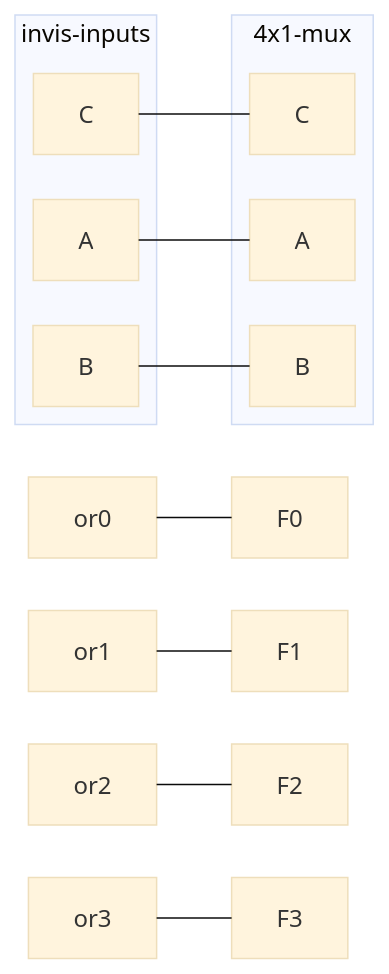
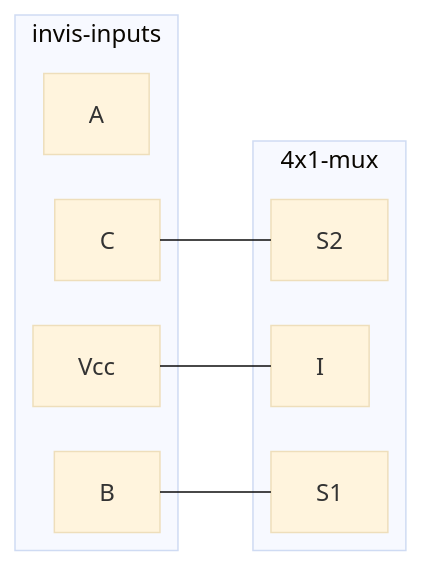
One commit to tnichols217/notes changed the fourth of 4 diagrams in CSDS 281 - Logic Design/HW/7/tables.md. Above: the diagram before and after it, drawn with Mermaid (base theme).

Commit message:
vault backup: 2024-03-27 11:58:14

````diff
--- a/CSDS 281 - Logic Design/HW/7/tables.md
+++ b/CSDS 281 - Logic Design/HW/7/tables.md
@@ -150,18 +150,15 @@
 ```mermaid
 %%{ init: { 'flowchart': { 'curve': 'stepBefore', "defaultRenderer": "elk" } } }%%
 flowchart LR
 subgraph invis-inputs
 A
 B
 C
+Vcc
 end
 subgraph 4x1-mux
-A --- Am[A]
-B --- Bm[B]
-C --- Cm[C]
+Vcc --- I
+B --- S1
+C --- S2
 end
-or0 --- F0
-or1 --- F1
-or2 --- F2
-or3 --- F3
 ```
````
